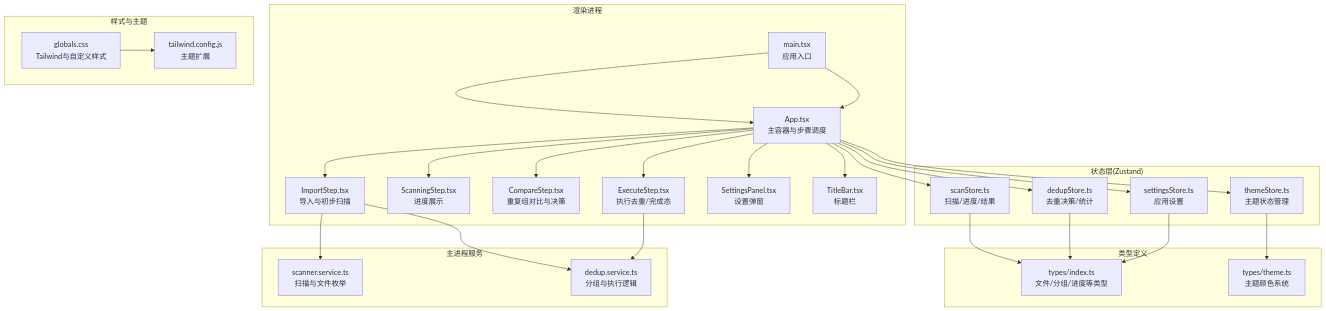
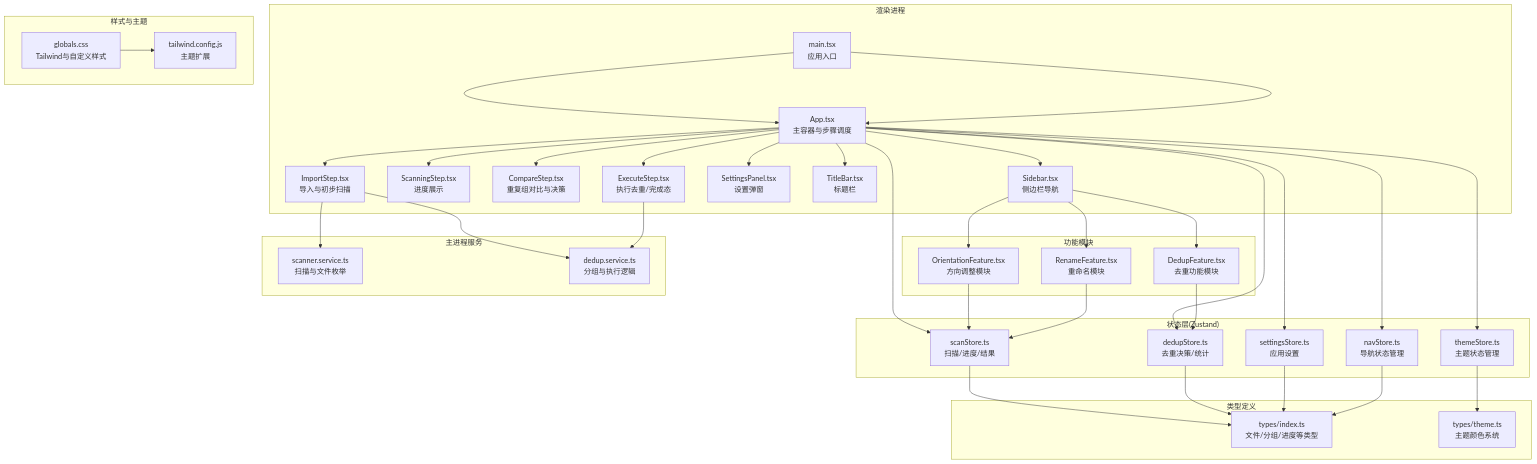
Before and after one commit to remgasuki/ReDoPhoto: the first of 8 diagrams in .qoder/repowiki/zh/content/用户界面系统/用户界面系统.md, drawn with Mermaid. The commit also changed other lines of this file and 10 other files, not shown here.

````diff
--- a/.qoder/repowiki/zh/content/用户界面系统/用户界面系统.md
+++ b/.qoder/repowiki/zh/content/用户界面系统/用户界面系统.md
@@ -54,43 +61,58 @@
 ```mermaid
 graph TB
 subgraph "渲染进程"
 A["main.tsx<br/>应用入口"] --> B["App.tsx<br/>主容器与步骤调度"]
 B --> C["ImportStep.tsx<br/>导入与初步扫描"]
 B --> D["ScanningStep.tsx<br/>进度展示"]
 B --> E["CompareStep.tsx<br/>重复组对比与决策"]
 B --> F["ExecuteStep.tsx<br/>执行去重/完成态"]
 B --> G["SettingsPanel.tsx<br/>设置弹窗"]
 B --> H["TitleBar.tsx<br/>标题栏"]
+B --> I["Sidebar.tsx<br/>侧边栏导航"]
+end
+subgraph "功能模块"
+J["DedupFeature.tsx<br/>去重功能模块"]
+K["OrientationFeature.tsx<br/>方向调整模块"]
+L["RenameFeature.tsx<br/>重命名模块"]
+I --> J
+I --> K
+I --> L
 end
 subgraph "状态层(Zustand)"
 S1["scanStore.ts<br/>扫描/进度/结果"]
 S2["dedupStore.ts<br/>去重决策/统计"]
 S3["settingsStore.ts<br/>应用设置"]
+S4["navStore.ts<br/>导航状态管理"]
 TS["themeStore.ts<br/>主题状态管理"]
 end
 subgraph "类型定义"
 T1["types/index.ts<br/>文件/分组/进度等类型"]
 T2["types/theme.ts<br/>主题颜色系统"]
 end
 subgraph "样式与主题"
 ST1["globals.css<br/>Tailwind与自定义样式"]
 ST2["tailwind.config.js<br/>主题扩展"]
 end
 subgraph "主进程服务"
 M1["scanner.service.ts<br/>扫描与文件枚举"]
 M2["dedup.service.ts<br/>分组与执行逻辑"]
 end
 A --> B
 B --> S1
 B --> S2
 B --> S3
+B --> S4
 B --> TS
 S1 --> T1
 S2 --> T1
 S3 --> T1
+S4 --> T1
 TS --> T2
 ST1 --> ST2
 C --> M1
 C --> M2
 F --> M2
+J --> S2
+K --> S1
+L --> S1
 ```
````
